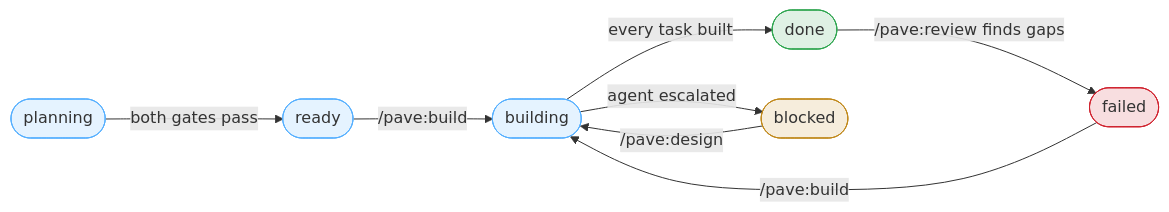
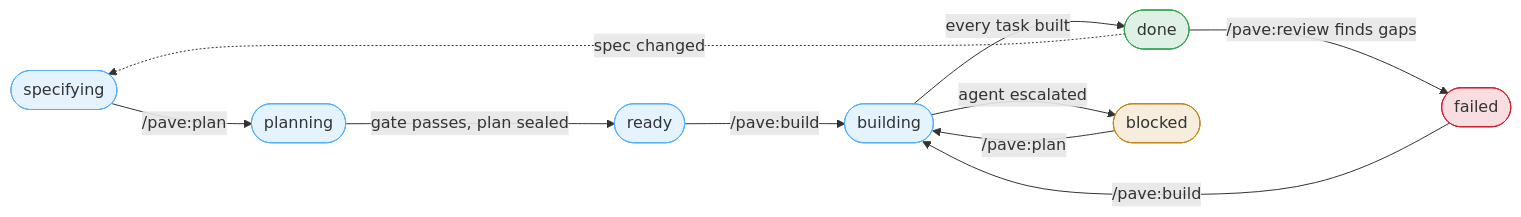
The diagram in README.md (paveforge/claude-plugins), drawn with Mermaid before and after one commit. The commit also changed other lines of this file and 33 other files, not shown here.

First line of the commit message:
Split design into /pave:spec and /pave:plan

````diff
--- a/README.md
+++ b/README.md
@@ -379,19 +441,21 @@
 ```mermaid
 flowchart LR
-    planning(["planning"]) -->|both gates pass| ready(["ready"])
+    specifying(["specifying"]) -->|/pave:plan| planning(["planning"])
+    planning -->|gate passes, plan sealed| ready(["ready"])
     ready -->|/pave:build| building(["building"])
     building -->|every task built| done(["done"])
     building -->|agent escalated| blocked(["blocked"])
-    blocked -->|/pave:design| building
+    blocked -->|/pave:plan| building
     done -->|/pave:review finds gaps| failed(["failed"])
     failed -->|/pave:build| building
+    done -.->|spec changed| specifying
 
     classDef step fill:#54aeff26,stroke:#54aeff,stroke-width:1px
     classDef good fill:#2da44e26,stroke:#2da44e,stroke-width:1px
     classDef warn fill:#bf871926,stroke:#bf8719,stroke-width:1px
     classDef bad  fill:#cf222e26,stroke:#cf222e,stroke-width:1px
-    class planning,ready,building step
+    class specifying,planning,ready,building step
     class done good
     class blocked warn
     class failed bad
 ```
````
